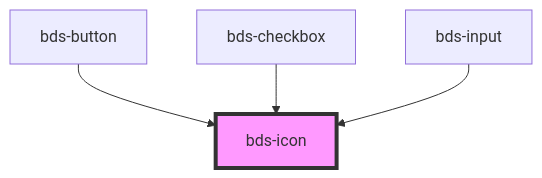
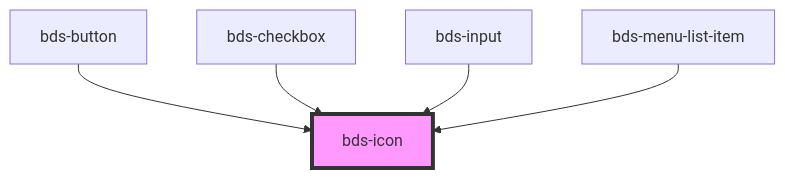
The diagram in src/components/icon/readme.md (takenet/blip-ds), drawn with Mermaid before and after one commit. The commit also changed other lines of this file and 13 other files, not shown here.

First line of the commit message:
feat(component): created menu list

````diff
--- a/src/components/icon/readme.md
+++ b/src/components/icon/readme.md
@@ -28,7 +29,8 @@
 ```mermaid
 graph TD;
   bds-button --> bds-icon
   bds-checkbox --> bds-icon
   bds-input --> bds-icon
+  bds-menu-list-item --> bds-icon
   style bds-icon fill:#f9f,stroke:#333,stroke-width:4px
 ```
````
